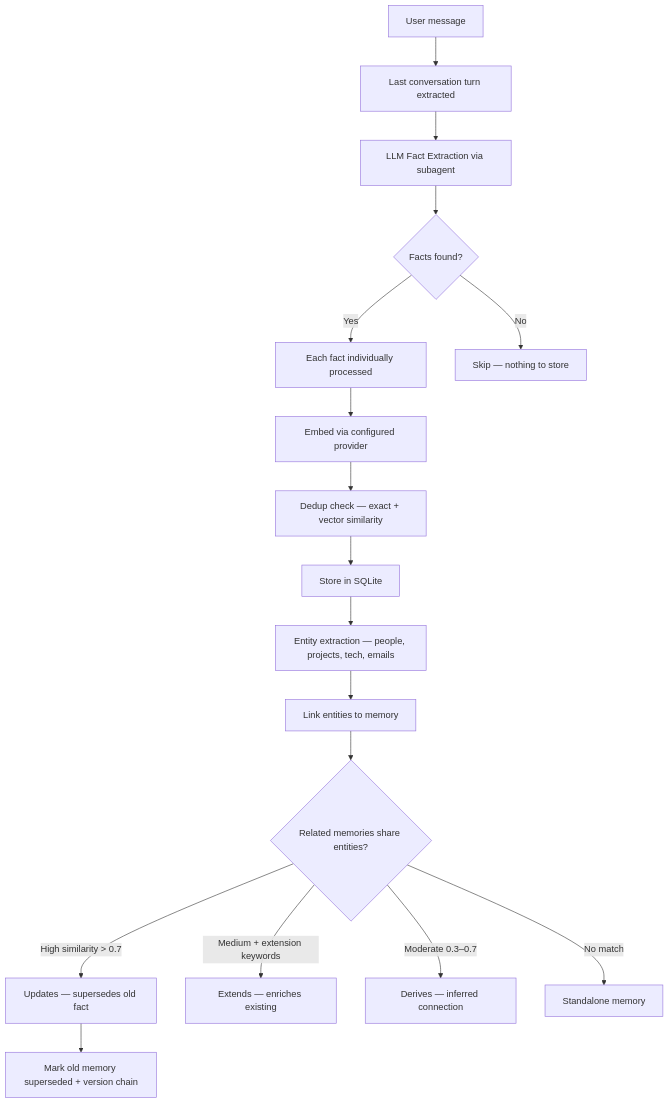
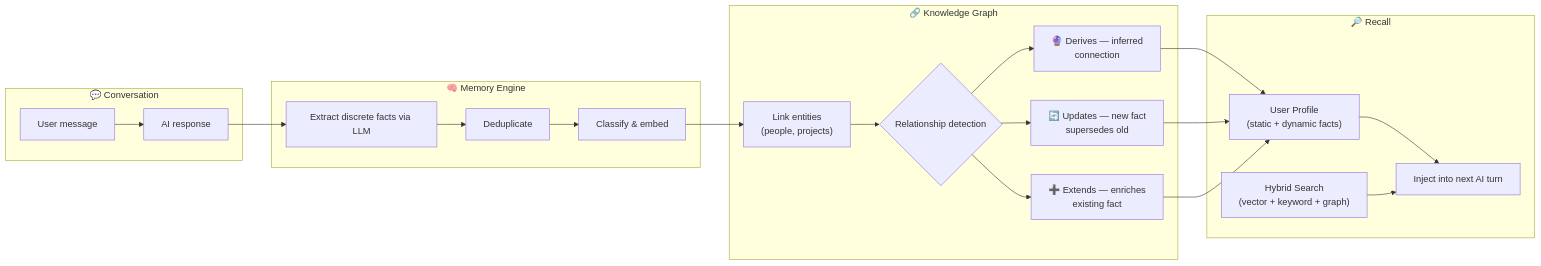
One commit to ivanvmoreno/supermemory-openclaw changed the diagram in README.md. Above: the diagram before and after it, drawn with Mermaid.

Commit message:
chore: improved diagram

````diff
--- a/README.md
+++ b/README.md
@@ -19,19 +19,33 @@
 ```mermaid
-flowchart TD
-    A[User message] --> C[Last conversation turn extracted]
-    C --> D[LLM Fact Extraction via subagent]
-    D --> E{Facts found?}
-    E -- Yes --> F[Each fact individually processed]
-    E -- No --> Z[Skip — nothing to store]
-    F --> G[Embed via configured provider]
-    G --> H[Dedup check — exact + vector similarity]
-    H --> I[Store in SQLite]
-    I --> J[Entity extraction — people, projects, tech, emails]
-    J --> K[Link entities to memory]
-    K --> L{Related memories share entities?}
-    L -- High similarity > 0.7 --> M[Updates — supersedes old fact]
-    L -- Medium + extension keywords --> N[Extends — enriches existing]
-    L -- Moderate 0.3–0.7 --> O[Derives — inferred connection]
-    L -- No match --> P[Standalone memory]
-    M --> Q[Mark old memory superseded + version chain]
+flowchart LR
+    subgraph input ["💬 Conversation"]
+        A[User message] --> B[AI response]
+    end
+
+    subgraph extract ["🧠 Memory Engine"]
+        C[Extract discrete facts via LLM]
+        C --> D[Deduplicate]
+        D --> E[Classify & embed]
+    end
+
+    subgraph graph ["🔗 Knowledge Graph"]
+        F["Link entities\n(people, projects)"]
+        F --> G{Relationship detection}
+        G --> H["🔄 Updates — new fact\nsupersedes old"]
+        G --> I["➕ Extends — enriches\nexisting fact"]
+        G --> J["🔮 Derives — inferred\nconnection"]
+    end
+
+    subgraph recall ["🔎 Recall"]
+        K["User Profile\n(static + dynamic facts)"]
+        L["Hybrid Search\n(vector + keyword + graph)"]
+        K --> M[Inject into next AI turn]
+        L --> M
+    end
+
+    B --> C
+    E --> F
+    J --> K
+    H --> K
+    I --> K
 ```
````
